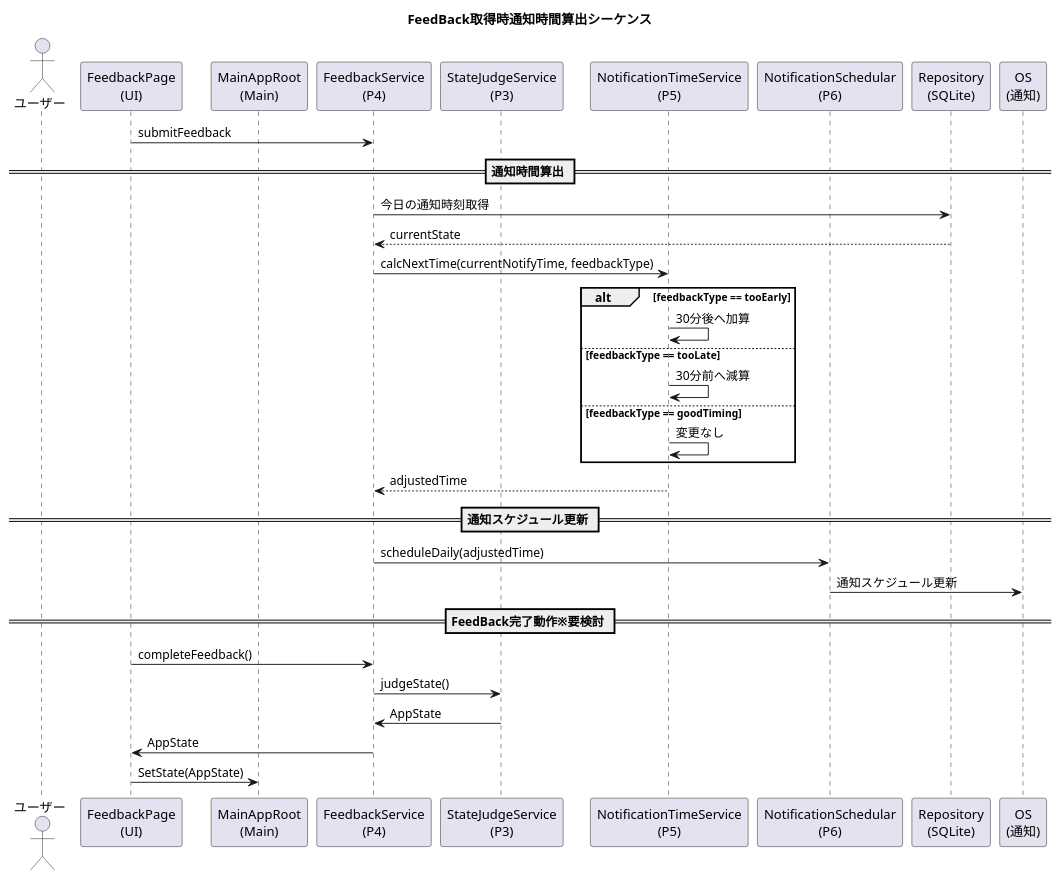
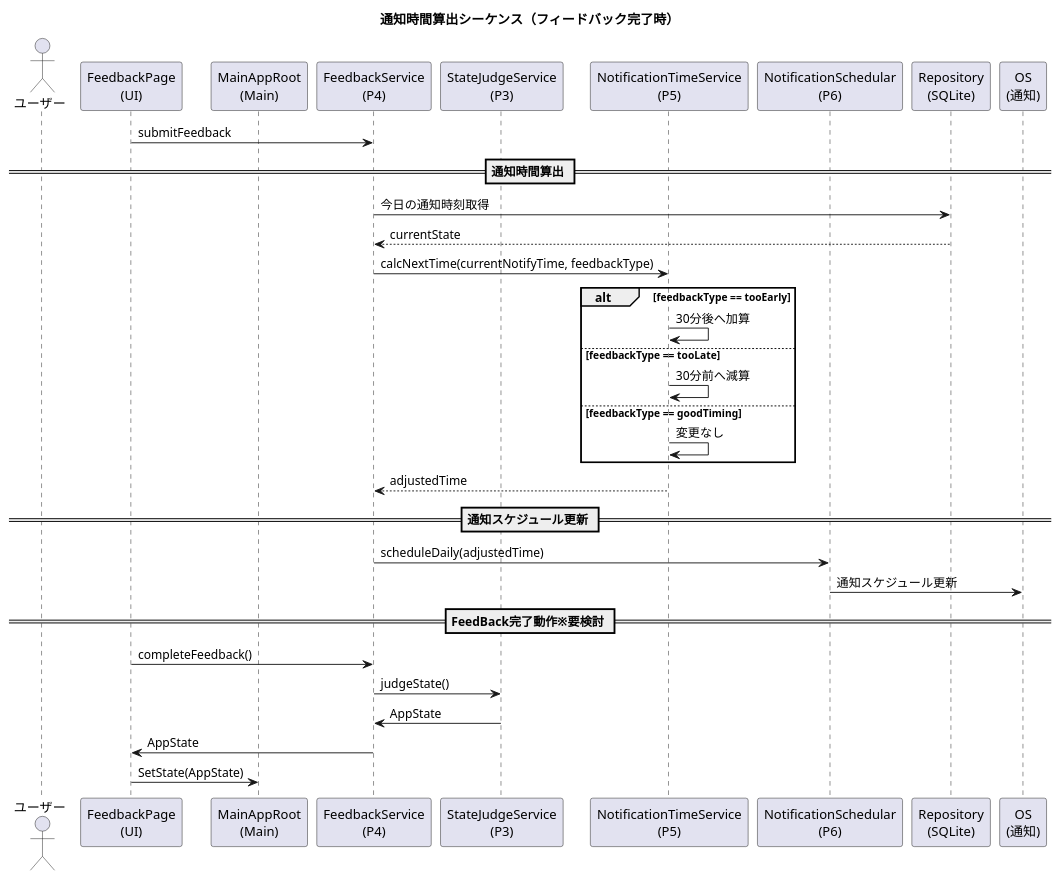
One commit to akamatrixxx/justtime changed the diagram in assets/specifications/詳細設計/シーケンス図/04_通知時間算出シーケンス.pu. Above: the diagram before and after it, drawn with PlantUML. The commit also changed 3 other files, not shown here.

Commit message:
シーケンス図の修正

```diff
--- a/assets/specifications/詳細設計/シーケンス図/04_通知時間算出シーケンス.pu
+++ b/assets/specifications/詳細設計/シーケンス図/04_通知時間算出シーケンス.pu
@@ -1,44 +1,44 @@
 @startuml
-title FeedBack取得時通知時間算出シーケンス
+title 通知時間算出シーケンス（フィードバック完了時）
 
 actor ユーザー as User
 participant "FeedbackPage\n(UI)" as UI
 participant "MainAppRoot\n(Main)" as Main 
 participant "FeedbackService\n(P4)" as P4
 participant "StateJudgeService\n(P3)" as P3
 participant "NotificationTimeService\n(P5)" as P5
 participant "NotificationSchedular\n(P6)" as P6
 participant "Repository\n(SQLite)" as DB
 participant "OS\n(通知)" as OS_Notify
 
 UI -> P4 : submitFeedback
 
 == 通知時間算出 ==
 P4 -> DB : 今日の通知時刻取得
 DB --> P4 : currentState
 P4 -> P5 : calcNextTime(currentNotifyTime, feedbackType)
 
 alt feedbackType == tooEarly
   P5 -> P5 : 30分後へ加算
 
 else feedbackType == tooLate
   P5 -> P5 : 30分前へ減算
 
 else feedbackType == goodTiming
   P5 -> P5 : 変更なし
 end
 
 P5 --> P4 : adjustedTime
 
 == 通知スケジュール更新 ==
 P4 -> P6 : scheduleDaily(adjustedTime)
 P6 -> OS_Notify : 通知スケジュール更新
 
 == FeedBack完了動作※要検討 ==
 UI -> P4 : completeFeedback()
 P4 -> P3 : judgeState()
 P3 -> P4 : AppState
 P4 -> UI : AppState
 UI -> Main : SetState(AppState)
 
 @enduml
```
